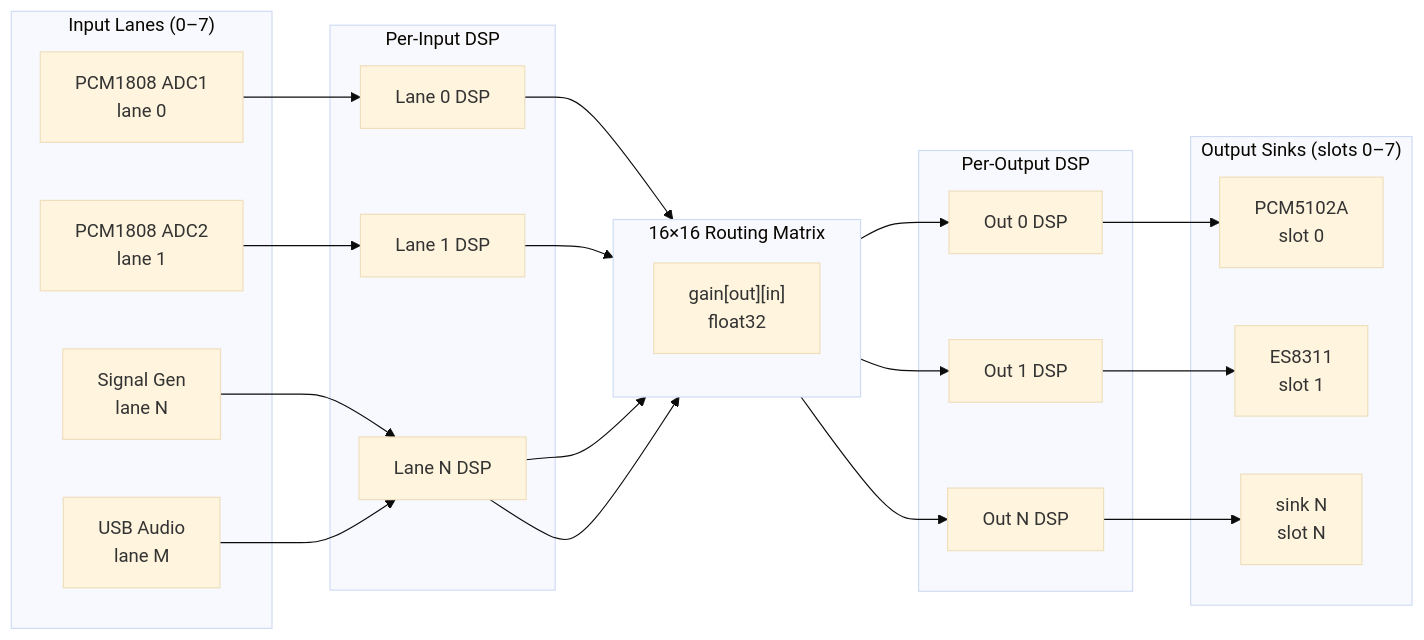
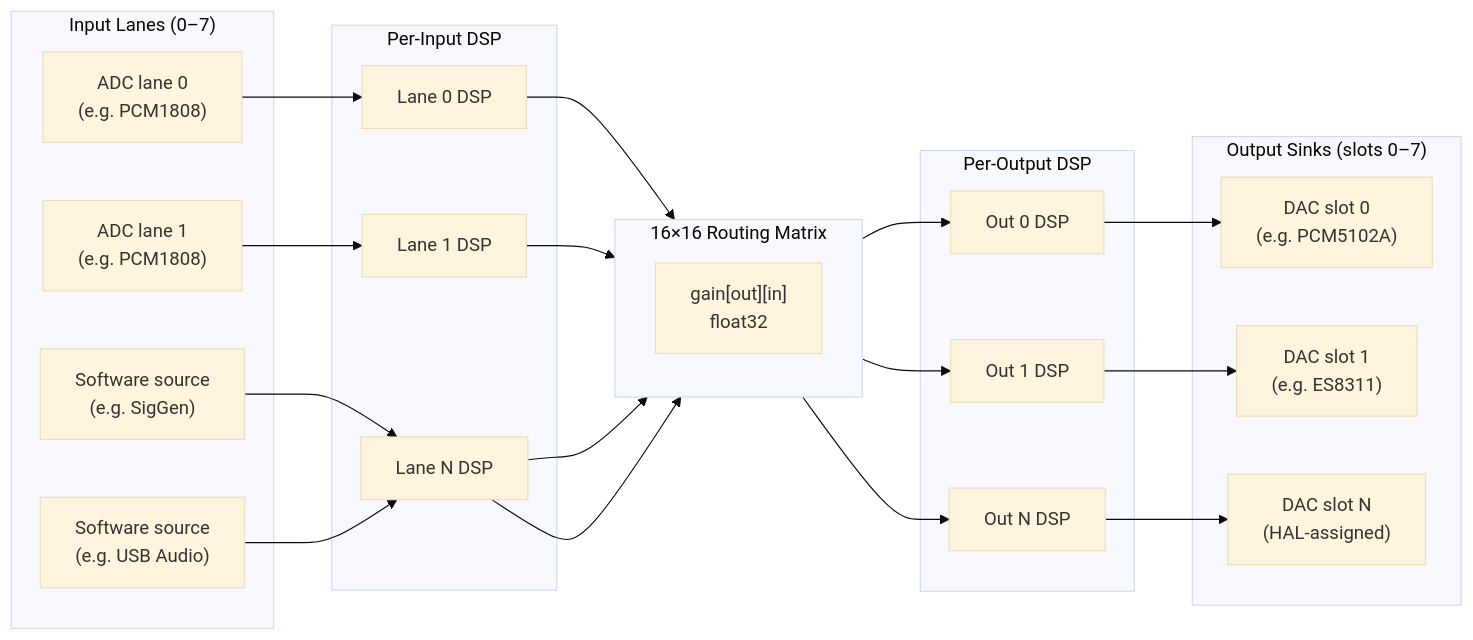
One commit to Schmackos/ALX_Nova_Controller_2 changed the diagram in docs-site/docs/developer/audio-pipeline.md. Above: the diagram before and after it, drawn with Mermaid (base theme). The commit also changed other lines of this file and 14 other files, not shown here.

First line of the commit message:
docs: fix legacy device references across Docusaurus site and architecture diagrams (#45)

````diff
--- a/docs-site/docs/developer/audio-pipeline.md
+++ b/docs-site/docs/developer/audio-pipeline.md
@@ -13,39 +13,39 @@
 ```mermaid
 flowchart LR
     subgraph Inputs ["Input Lanes (0–7)"]
-        ADC1["PCM1808 ADC1\nlane 0"]
-        ADC2["PCM1808 ADC2\nlane 1"]
-        SIG["Signal Gen\nlane N"]
-        USB["USB Audio\nlane M"]
+        ADC1["ADC lane 0\n(e.g. PCM1808)"]
+        ADC2["ADC lane 1\n(e.g. PCM1808)"]
+        SIG["Software source\n(e.g. SigGen)"]
+        USB["Software source\n(e.g. USB Audio)"]
     end
 
     subgraph INDSP ["Per-Input DSP"]
         D0["Lane 0 DSP"]
         D1["Lane 1 DSP"]
         DN["Lane N DSP"]
     end
 
     subgraph Matrix ["16×16 Routing Matrix"]
         MX["gain[out][in]\nfloat32"]
     end
 
     subgraph OUTDSP ["Per-Output DSP"]
         O0["Out 0 DSP"]
         O1["Out 1 DSP"]
         ON["Out N DSP"]
     end
 
     subgraph Sinks ["Output Sinks (slots 0–7)"]
-        PCM["PCM5102A\nslot 0"]
-        ES["ES8311\nslot 1"]
-        SN["sink N\nslot N"]
+        PCM["DAC slot 0\n(e.g. PCM5102A)"]
+        ES["DAC slot 1\n(e.g. ES8311)"]
+        SN["DAC slot N\n(HAL-assigned)"]
     end
 
     ADC1 --> D0 --> Matrix
     ADC2 --> D1 --> Matrix
     SIG  --> DN --> Matrix
     USB  --> DN --> Matrix
     Matrix --> O0 --> PCM
     Matrix --> O1 --> ES
     Matrix --> ON --> SN
 ```
````
